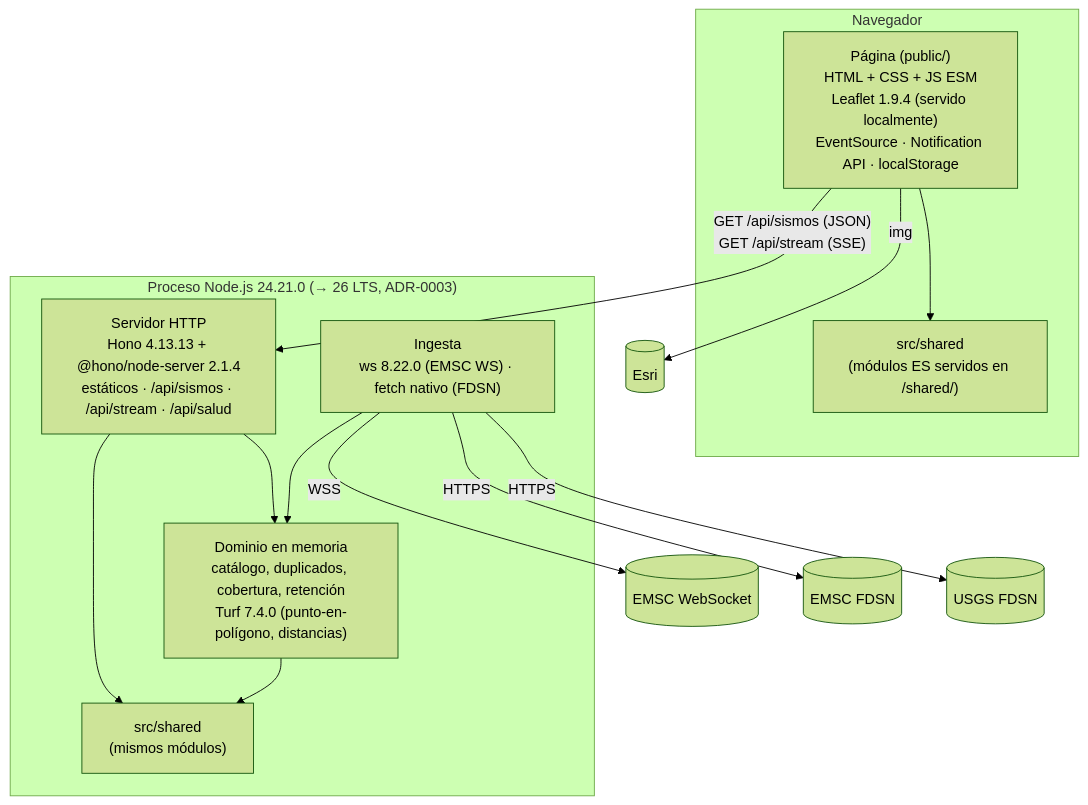
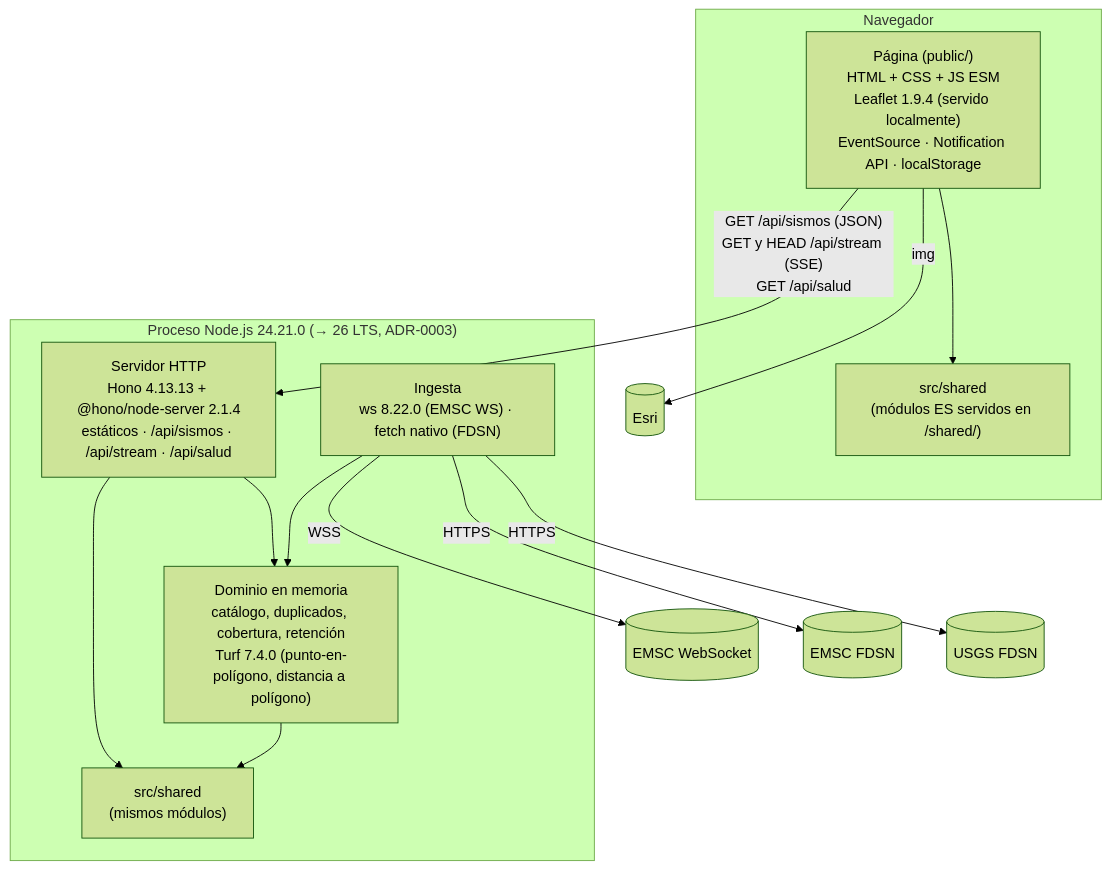
The second of 6 diagrams in docs/01-arquitectura.md (wpadillav/monitor_riesgos_naturales), drawn with Mermaid (forest theme) before and after one commit. The commit also changed other lines of this file, not shown here.

````diff
--- a/docs/01-arquitectura.md
+++ b/docs/01-arquitectura.md
@@ -81,23 +90,23 @@
 ```mermaid
 flowchart TB
   subgraph NAV["Navegador"]
     PAG["Página (public/)<br/>HTML + CSS + JS ESM<br/>Leaflet 1.9.4 (servido localmente)<br/>EventSource · Notification API · localStorage"]
     SH1["src/shared<br/>(módulos ES servidos en /shared/)"]
     PAG --> SH1
   end
   subgraph PROC["Proceso Node.js 24.21.0 (→ 26 LTS, ADR-0003)"]
     HTTP["Servidor HTTP<br/>Hono 4.13.13 + @hono/node-server 2.1.4<br/>estáticos · /api/sismos · /api/stream · /api/salud"]
     ING["Ingesta<br/>ws 8.22.0 (EMSC WS) · fetch nativo (FDSN)"]
-    DOM["Dominio en memoria<br/>catálogo, duplicados, cobertura, retención<br/>Turf 7.4.0 (punto-en-polígono, distancias)"]
+    DOM["Dominio en memoria<br/>catálogo, duplicados, cobertura, retención<br/>Turf 7.4.0 (punto-en-polígono, distancia a polígono)"]
     SH2["src/shared<br/>(mismos módulos)"]
     ING --> DOM
     HTTP --> DOM
     DOM --> SH2
     HTTP --> SH2
   end
-  PAG -- "GET /api/sismos (JSON)<br/>GET /api/stream (SSE)" --> HTTP
+  PAG -- "GET /api/sismos (JSON)<br/>GET y HEAD /api/stream (SSE)<br/>GET /api/salud" --> HTTP
   ING -- "WSS" --> X1[("EMSC WebSocket")]
   ING -- "HTTPS" --> X2[("EMSC FDSN")]
   ING -- "HTTPS" --> X3[("USGS FDSN")]
   PAG -- "img" --> X4[("Esri")]
 ```
````
